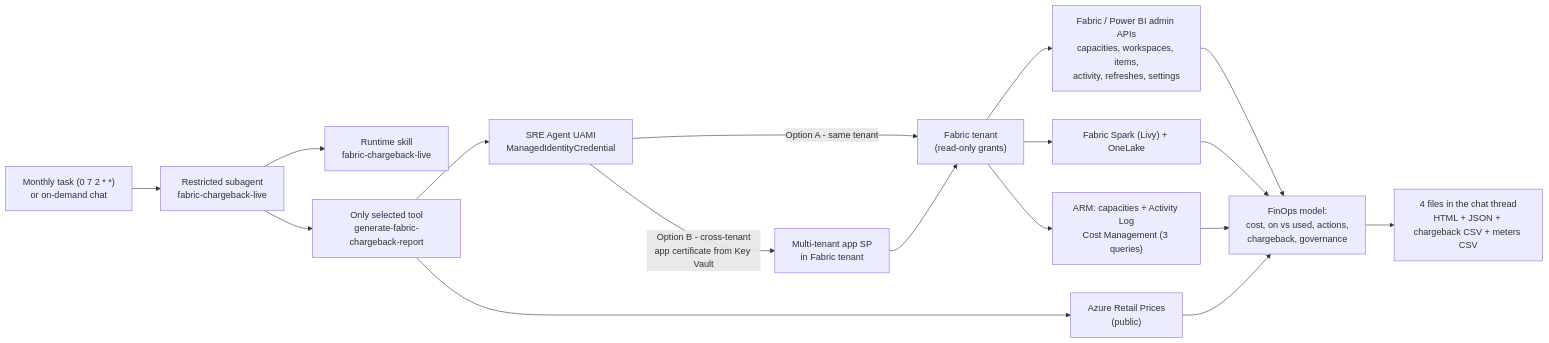
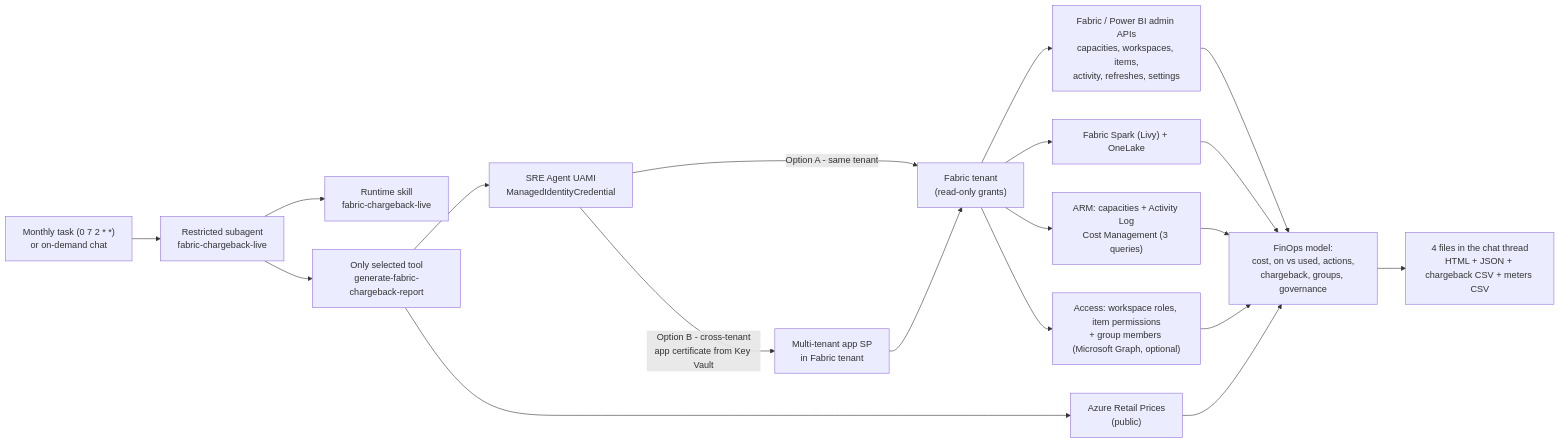
Before and after one commit to marioaguileraaa/sre-agent-use-cases: the diagram in 11-fabric-finops-chargeback/README.md, drawn with Mermaid. The commit also changed other lines of this file and 18 other files, not shown here.

First line of the commit message:
Case 11: access and consumption by group and person, English report, Graph read permissions script

````diff
--- a/11-fabric-finops-chargeback/README.md
+++ b/11-fabric-finops-chargeback/README.md
@@ -37,19 +39,21 @@
 ```mermaid
 flowchart LR
     H["Monthly task (0 7 2 * *)<br/>or on-demand chat"] --> C["Restricted subagent<br/>fabric-chargeback-live"]
     C --> S["Runtime skill<br/>fabric-chargeback-live"]
     C --> T["Only selected tool<br/>generate-fabric-chargeback-report"]
     T --> U["SRE Agent UAMI<br/>ManagedIdentityCredential"]
     U -->|"Option A - same tenant"| B["Fabric tenant<br/>(read-only grants)"]
     U -->|"Option B - cross-tenant<br/>app certificate from Key Vault"| F["Multi-tenant app SP<br/>in Fabric tenant"]
     F --> B
     B --> P1["Fabric / Power BI admin APIs<br/>capacities, workspaces, items,<br/>activity, refreshes, settings"]
     B --> P2["Fabric Spark (Livy) + OneLake"]
     B --> P3["ARM: capacities + Activity Log<br/>Cost Management (3 queries)"]
+    B --> P5["Access: workspace roles, item permissions<br/>+ group members (Microsoft Graph, optional)"]
     T --> P4["Azure Retail Prices<br/>(public)"]
-    P1 --> R["FinOps model:<br/>cost, on vs used, actions,<br/>chargeback, governance"]
+    P1 --> R["FinOps model:<br/>cost, on vs used, actions,<br/>chargeback, groups, governance"]
     P2 --> R
     P3 --> R
     P4 --> R
+    P5 --> R
     R --> O["4 files in the chat thread<br/>HTML + JSON + chargeback CSV + meters CSV"]
 ```
````
